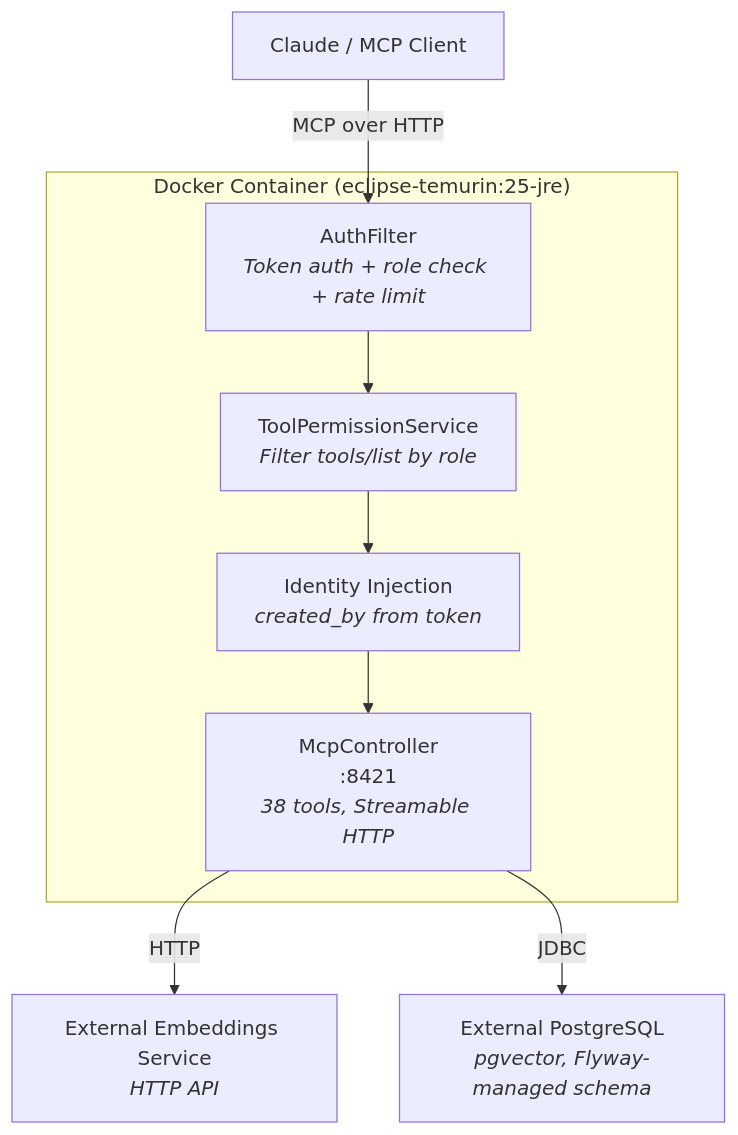
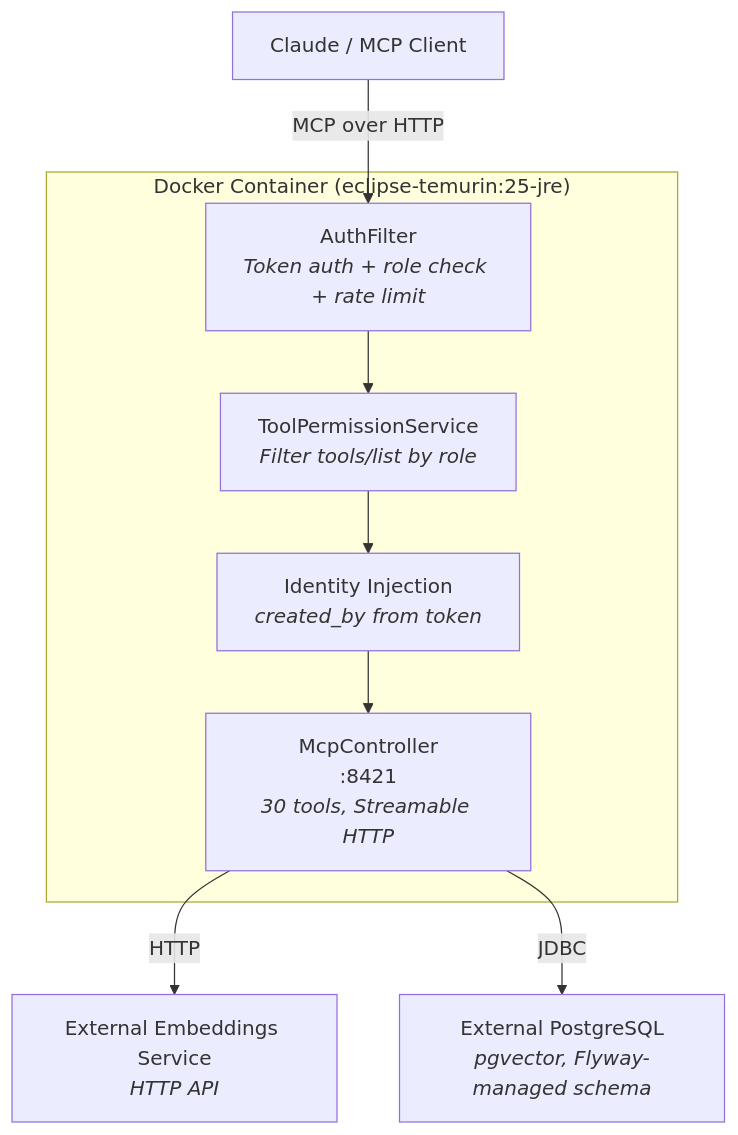
Before and after one commit to ufelmann/HiveMem: the second of 3 diagrams in README.md, drawn with Mermaid. The commit also changed other lines of this file and 1 other file, not shown here.

````diff
--- a/README.md
+++ b/README.md
@@ -390,21 +390,21 @@
 ```mermaid
 graph TB
     Client["Claude / MCP Client"]
 
     subgraph Container["Docker Container (eclipse-temurin:25-jre)"]
         Auth["AuthFilter<br/><i>Token auth + role check + rate limit</i>"]
         ToolGate["ToolPermissionService<br/><i>Filter tools/list by role</i>"]
         Identity["Identity Injection<br/><i>created_by from token</i>"]
-        MCP["McpController<br/>:8421<br/><i>38 tools, Streamable HTTP</i>"]
+        MCP["McpController<br/>:8421<br/><i>30 tools, Streamable HTTP</i>"]
     end
 
     EmbSvc["External Embeddings Service<br/><i>HTTP API</i>"]
     PG["External PostgreSQL<br/><i>pgvector, Flyway-managed schema</i>"]
 
     Client -->|"MCP over HTTP"| Auth
     Auth --> ToolGate
     ToolGate --> Identity
     Identity --> MCP
     MCP -->|"HTTP"| EmbSvc
     MCP -->|"JDBC"| PG
 ```
````
